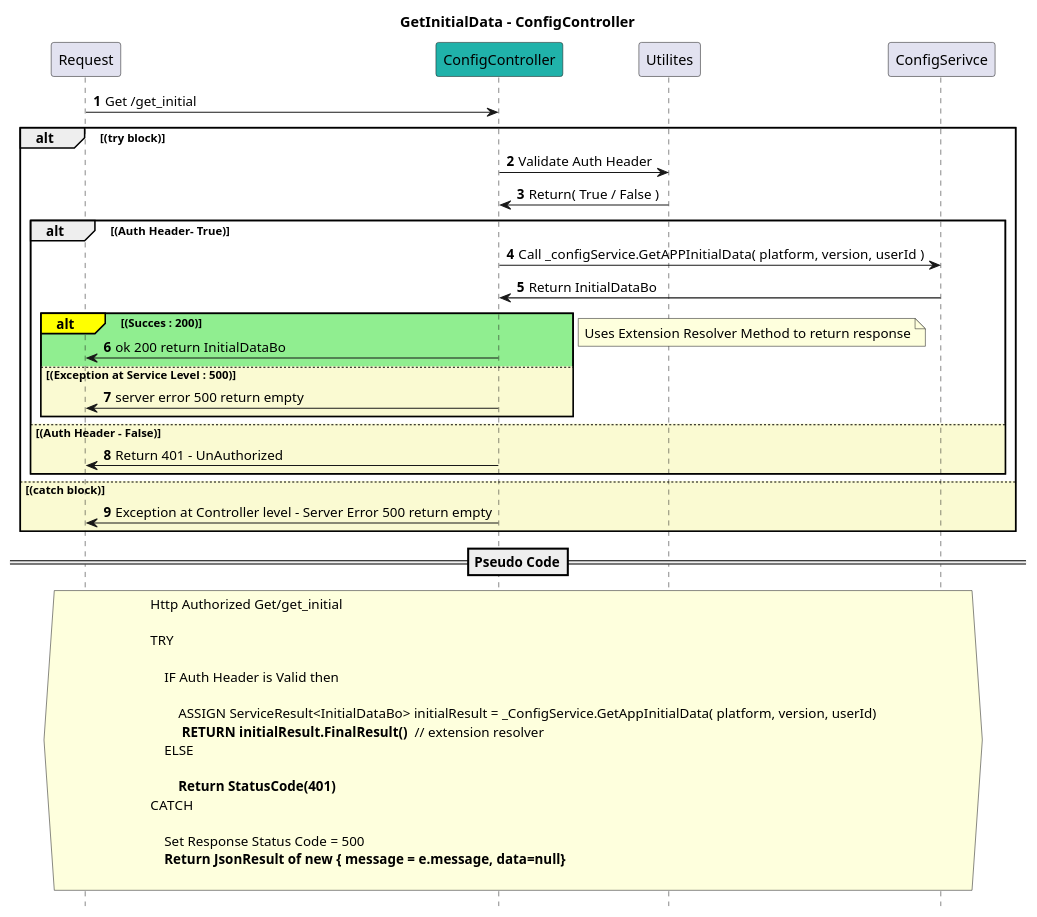
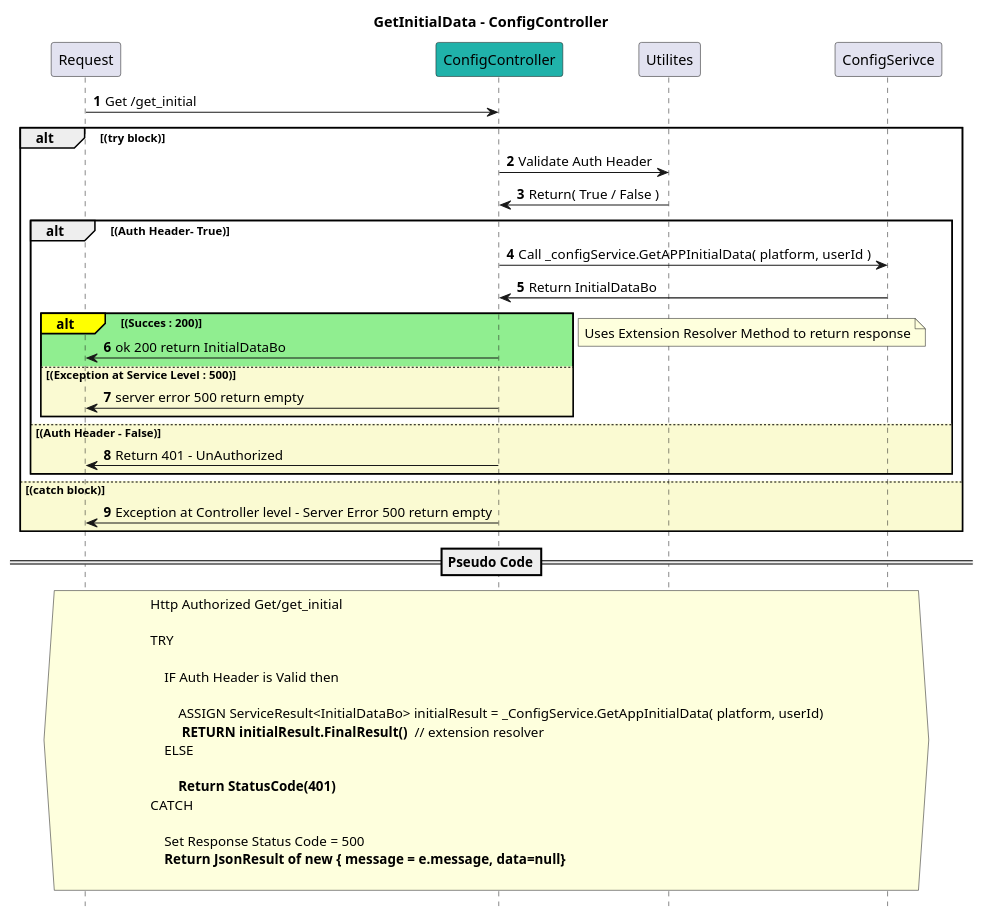
Before and after one commit to nainamuhammed/foodie-service: the diagram in Restaurant_Web_Api/Controllers/Config/Design/GetAppInitialData.puml, drawn with PlantUML. The commit also changed 14 other files, not shown here.

```diff
--- a/Restaurant_Web_Api/Controllers/Config/Design/GetAppInitialData.puml
+++ b/Restaurant_Web_Api/Controllers/Config/Design/GetAppInitialData.puml
@@ -1,65 +1,65 @@
 @startuml
 
 title GetInitialData - ConfigController
 autonumber
 hide footbox
 
 participant Request
 participant ConfigController #LightSeaGreen
 participant Utilites 
 participant ConfigSerivce  
 
 Request -> ConfigController : Get /get_initial
 
 alt (try block)
 
     ConfigController -> Utilites : Validate Auth Header
     Utilites -> ConfigController : Return( True / False )
 
     alt (Auth Header- True)
 
-        ConfigController -> ConfigSerivce : Call _configService.GetAPPInitialData( platform, version, userId  )
+        ConfigController -> ConfigSerivce : Call _configService.GetAPPInitialData( platform, userId  )
         ConfigSerivce -> ConfigController : Return InitialDataBo
 
         alt#Yellow #LightGreen (Succes : 200)
 
             ConfigController -> Request : ok 200 return InitialDataBo
 
         else #LightGoldenRodYellow (Exception at Service Level : 500)
 
             ConfigController -> Request : server error 500 return empty
         end
 
     note left: Uses Extension Resolver Method to return response
     else #LightGoldenRodYellow (Auth Header - False)
 
      ConfigController -> Request :Return 401 - UnAuthorized 
     end
 
 else #LightGoldenRodYellow (catch block)
     ConfigController -> Request : Exception at Controller level - Server Error 500 return empty
 end
 
 
 ==Pseudo Code==
 
 hnote across
 Http Authorized Get/get_initial
 
 TRY
 
     IF Auth Header is Valid then
 
-        ASSIGN ServiceResult<InitialDataBo> initialResult = _ConfigService.GetAppInitialData( platform, version, userId)
+        ASSIGN ServiceResult<InitialDataBo> initialResult = _ConfigService.GetAppInitialData( platform, userId)
         ** RETURN initialResult.FinalResult() ** // extension resolver
     ELSE
 
         **Return StatusCode(401)**
 CATCH
 
     Set Response Status Code = 500
     **Return JsonResult of new { message = e.message, data=null}**
 
 end note
 
 @enduml
```
